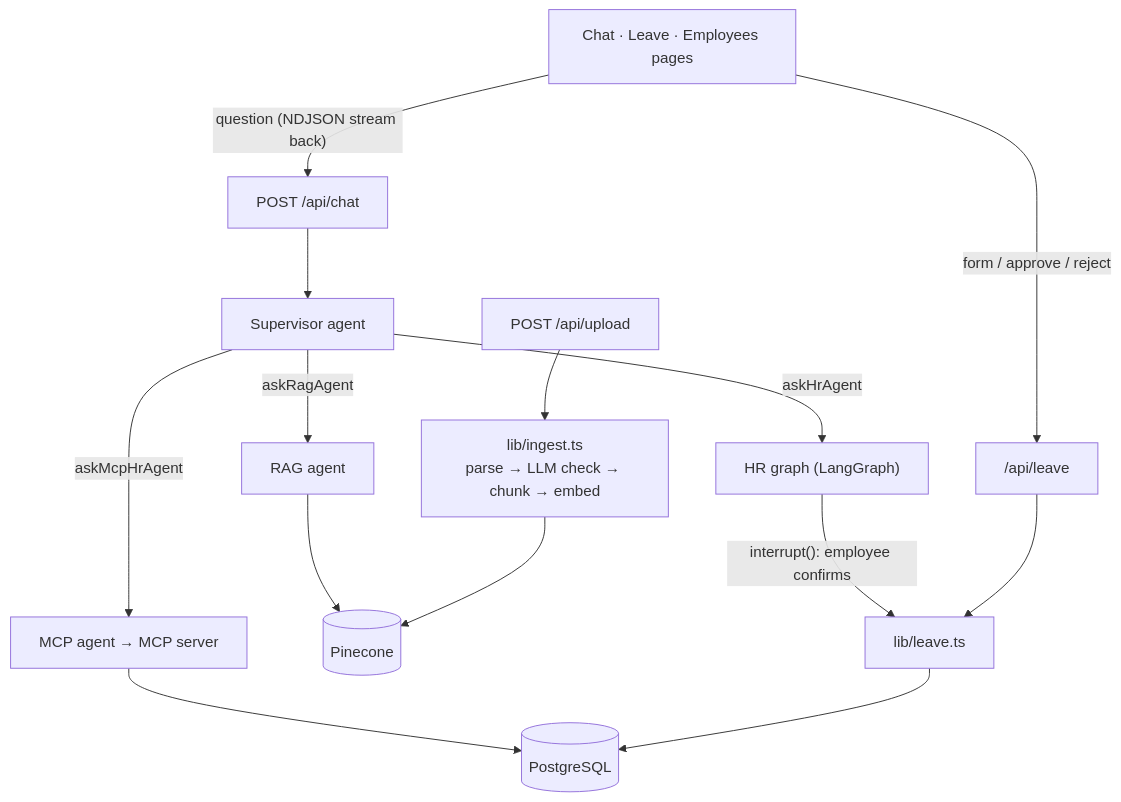
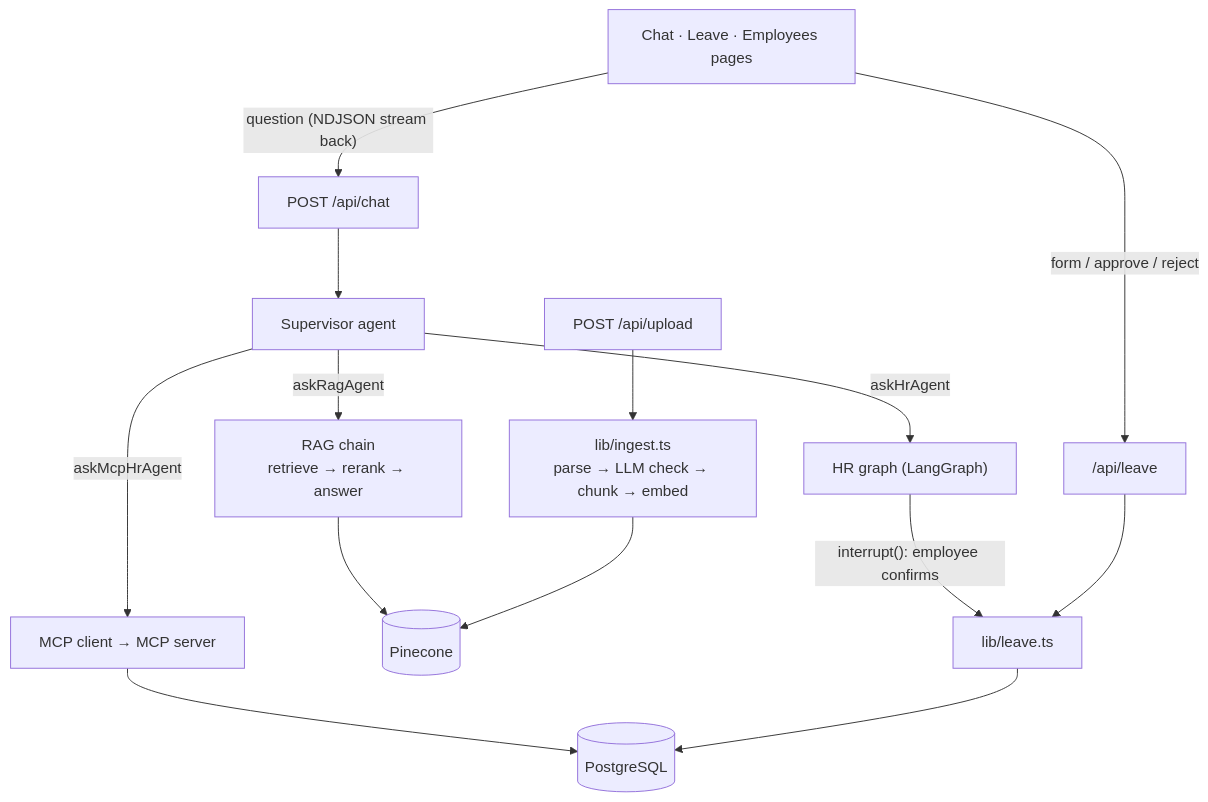
The diagram in README.md (Divya0499/peopledesk-ai), drawn with Mermaid before and after one commit. The commit also changed other lines of this file and 3 other files, not shown here.

First line of the commit message:
Get the leave balance from MCP without an extra agent

````diff
--- a/README.md
+++ b/README.md
@@ -52,16 +52,16 @@
 ```mermaid
 flowchart TD
     UI["Chat · Leave · Employees pages"] -->|"question (NDJSON stream back)"| Chat["POST /api/chat"]
     UI -->|"form / approve / reject"| LeaveAPI["/api/leave"]
     Chat --> Sup["Supervisor agent"]
-    Sup -->|askRagAgent| RAG["RAG agent"]
+    Sup -->|askRagAgent| RAG["RAG chain<br/>retrieve → rerank → answer"]
     Sup -->|askHrAgent| HR["HR graph (LangGraph)"]
-    Sup -->|askMcpHrAgent| MCP["MCP agent → MCP server"]
+    Sup -->|askMcpHrAgent| MCP["MCP client → MCP server"]
     RAG --> Pinecone[("Pinecone")]
     HR -->|"interrupt(): employee confirms"| Leave["lib/leave.ts"]
     LeaveAPI --> Leave
     MCP --> PG
     Leave --> PG[("PostgreSQL")]
     Upload["POST /api/upload"] --> Ingest["lib/ingest.ts<br/>parse → LLM check → chunk → embed"]
     Ingest --> Pinecone
 ```
````
